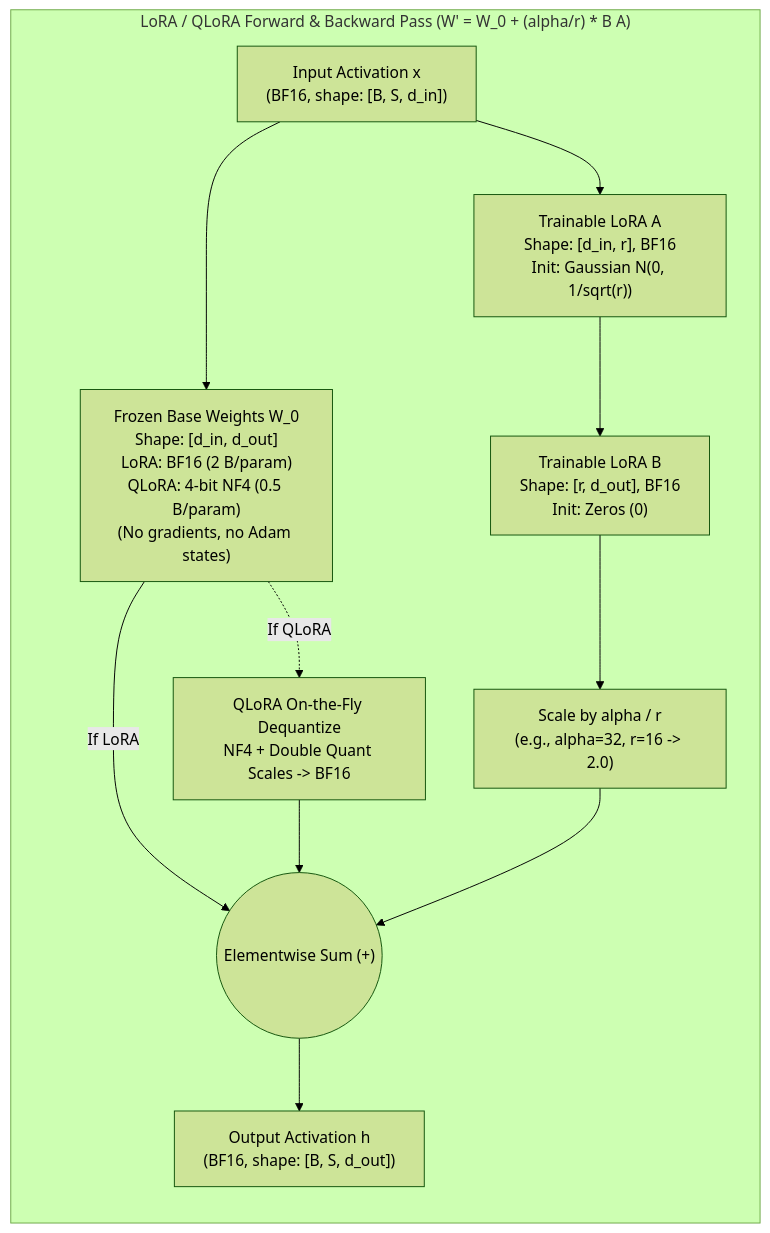
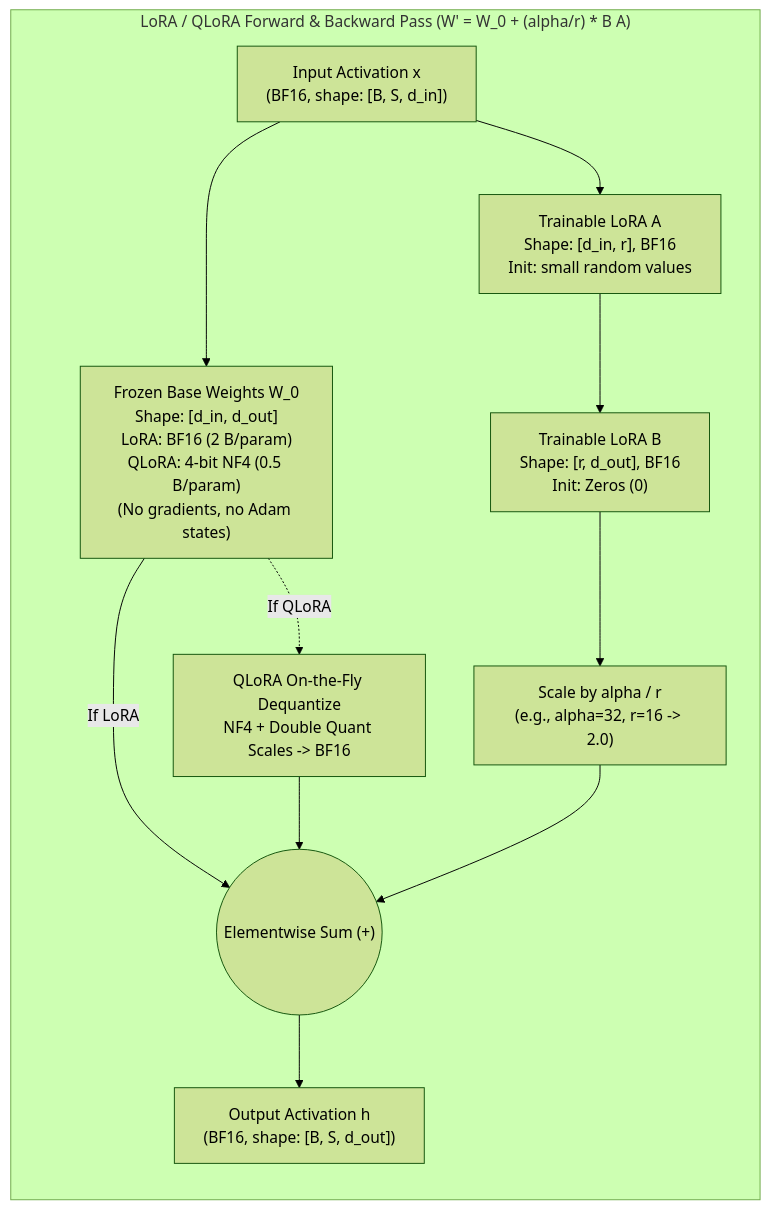
Before and after one commit to jithinpnjm/ai-infra-handbook: the second of 3 diagrams in docs/part-14-training-finetuning/13-fine-tuning-sft-lora-and-qlora-preference-alignment.md, drawn with Mermaid (forest theme). The commit also changed other lines of this file and 7 other files, not shown here.

````diff
--- a/docs/part-14-training-finetuning/13-fine-tuning-sft-lora-and-qlora-preference-alignment.md
+++ b/docs/part-14-training-finetuning/13-fine-tuning-sft-lora-and-qlora-preference-alignment.md
@@ -226,20 +240,20 @@
 ```mermaid
 flowchart LR
     subgraph LoRA["LoRA / QLoRA Forward & Backward Pass (W' = W_0 + (alpha/r) * B A)"]
         direction TB
         X["Input Activation x<br/>(BF16, shape: [B, S, d_in])"]
         W0["Frozen Base Weights W_0<br/>Shape: [d_in, d_out]<br/>LoRA: BF16 (2 B/param)<br/>QLoRA: 4-bit NF4 (0.5 B/param)<br/>(No gradients, no Adam states)"]
         Dequant["QLoRA On-the-Fly Dequantize<br/>NF4 + Double Quant Scales -> BF16"]
-        MatA["Trainable LoRA A<br/>Shape: [d_in, r], BF16<br/>Init: Gaussian N(0, 1/sqrt(r))"]
+        MatA["Trainable LoRA A<br/>Shape: [d_in, r], BF16<br/>Init: small random values"]
         MatB["Trainable LoRA B<br/>Shape: [r, d_out], BF16<br/>Init: Zeros (0)"]
         Scale["Scale by alpha / r<br/>(e.g., alpha=32, r=16 -> 2.0)"]
         Sum(("Elementwise Sum (+)"))
         Out["Output Activation h<br/>(BF16, shape: [B, S, d_out])"]
 
         X --> W0
         W0 -.->|"If QLoRA"| Dequant
         W0 -->|"If LoRA"| Sum
         Dequant --> Sum
         X --> MatA --> MatB --> Scale --> Sum --> Out
     end
 ```
````
